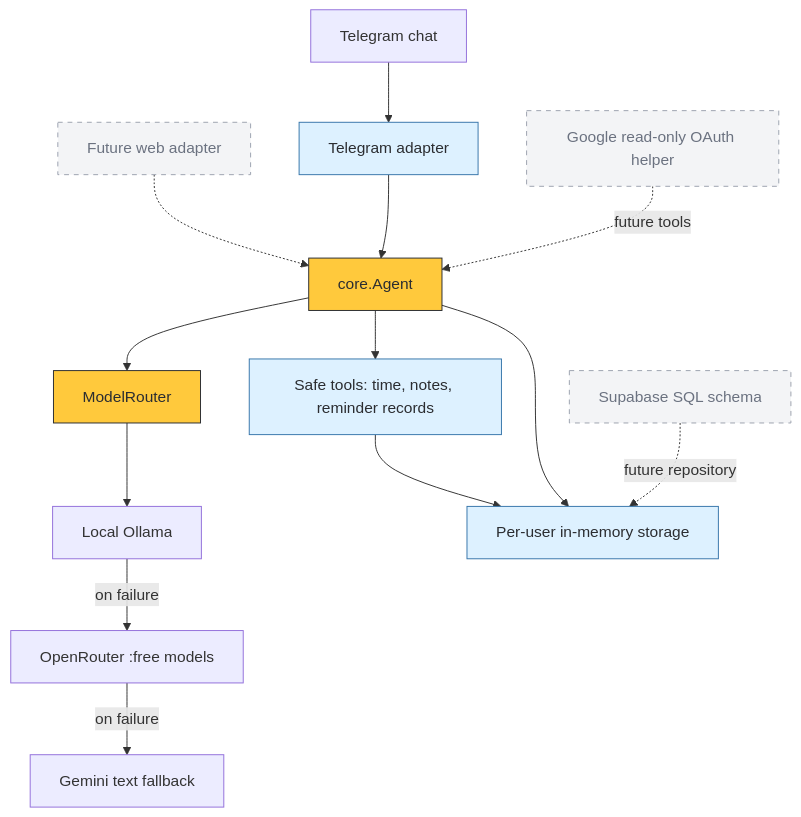
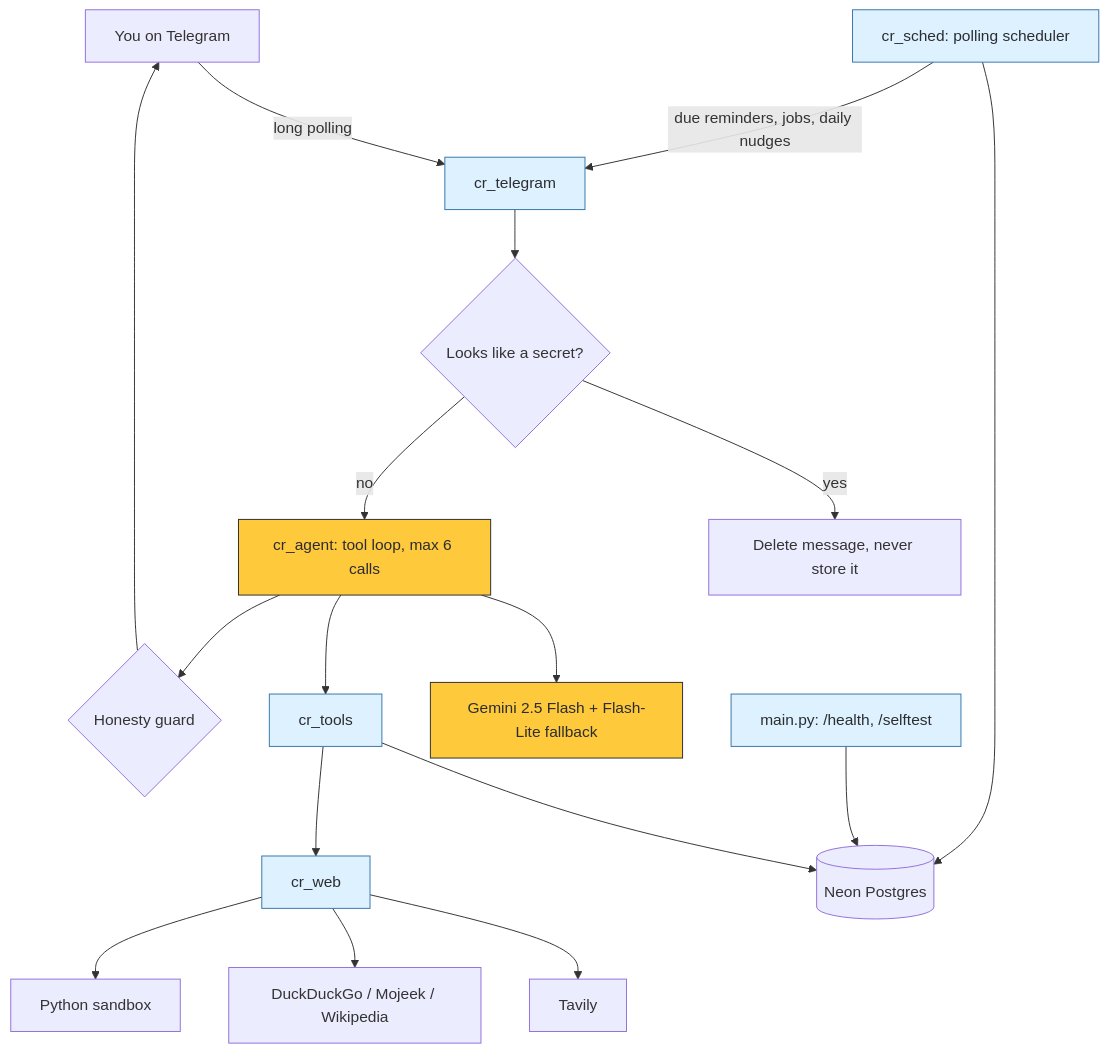
The diagram in README.md (itsppm76/crayon), drawn with Mermaid before and after one commit. The commit also changed other lines of this file, not shown here.

````diff
--- a/README.md
+++ b/README.md
@@ -86,21 +64,23 @@
 ```mermaid
 flowchart TD
-    TG[Telegram chat] --> TA[Telegram adapter]
-    WA[Future web adapter] -.-> A[core.Agent]
-    TA --> A
-    A --> R[ModelRouter]
-    R --> O[Local Ollama]
-    O -->|on failure| OR[OpenRouter :free models]
-    OR -->|on failure| G[Gemini text fallback]
-    A --> T[Safe tools: time, notes, reminder records]
-    T --> M[Per-user in-memory storage]
-    A --> M
-    DB[Supabase SQL schema] -. future repository .-> M
-    GO[Google read-only OAuth helper] -. future tools .-> A
+    U[You on Telegram] -->|long polling| TG[cr_telegram]
+    TG --> SEC{Looks like a secret?}
+    SEC -->|yes| DEL[Delete message, never store it]
+    SEC -->|no| AG[cr_agent: tool loop, max 6 calls]
+    AG --> LLM[Gemini 2.5 Flash + Flash-Lite fallback]
+    AG --> TOOLS[cr_tools]
+    TOOLS --> MEM[(Neon Postgres)]
+    TOOLS --> WEB[cr_web]
+    WEB --> TAV[Tavily]
+    WEB --> FB[DuckDuckGo / Mojeek / Wikipedia]
+    WEB --> SB[Python sandbox]
+    AG --> HG{Honesty guard}
+    HG --> U
+    SCH[cr_sched: polling scheduler] --> MEM
+    SCH -->|due reminders, jobs, daily nudges| TG
+    HOST[main.py: /health, /selftest] --> MEM
     classDef yellow fill:#FFC93C,color:#2B2D31,stroke:#2B2D31
     classDef blue fill:#DDF1FF,color:#2B2D31,stroke:#3776AB
-    classDef muted fill:#F3F4F6,color:#6B7280,stroke:#9CA3AF,stroke-dasharray:5 5
-    class A,R yellow
-    class TA,T,M blue
-    class WA,DB,GO muted
+    class AG,LLM yellow
+    class TG,TOOLS,WEB,SCH,HOST blue
 ```
````
